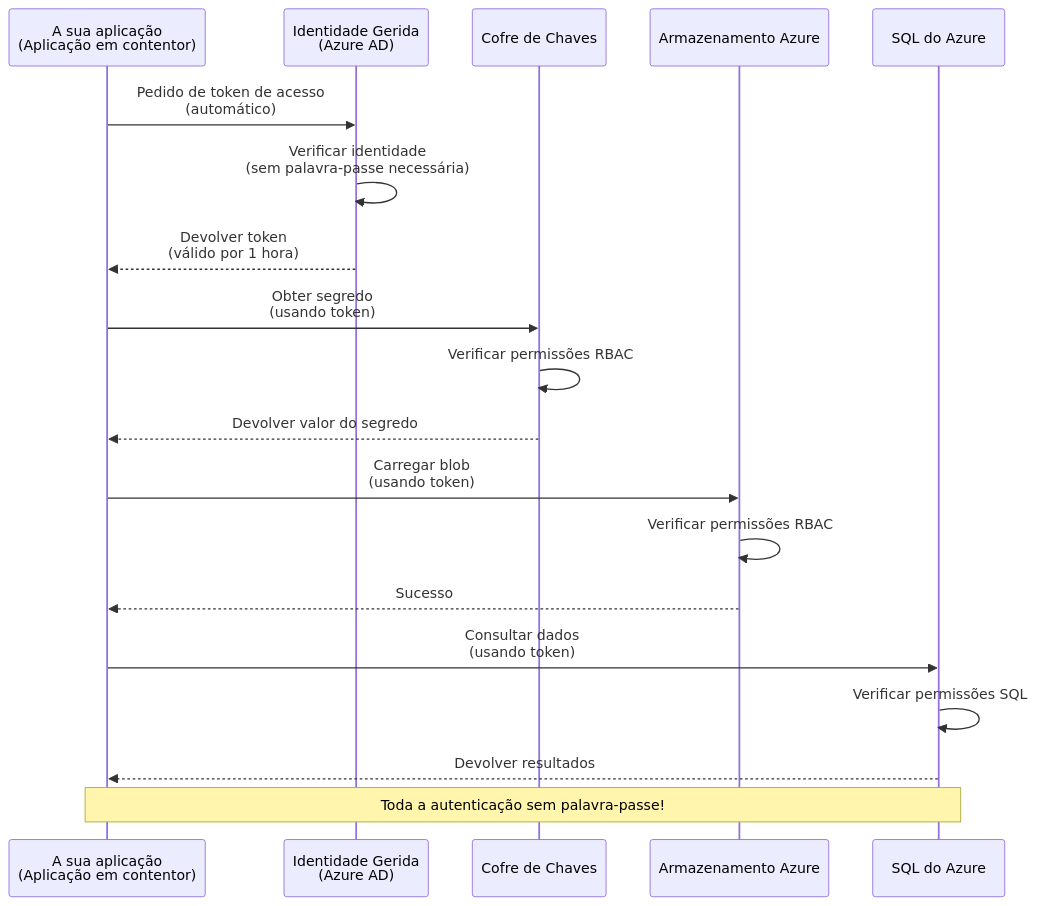
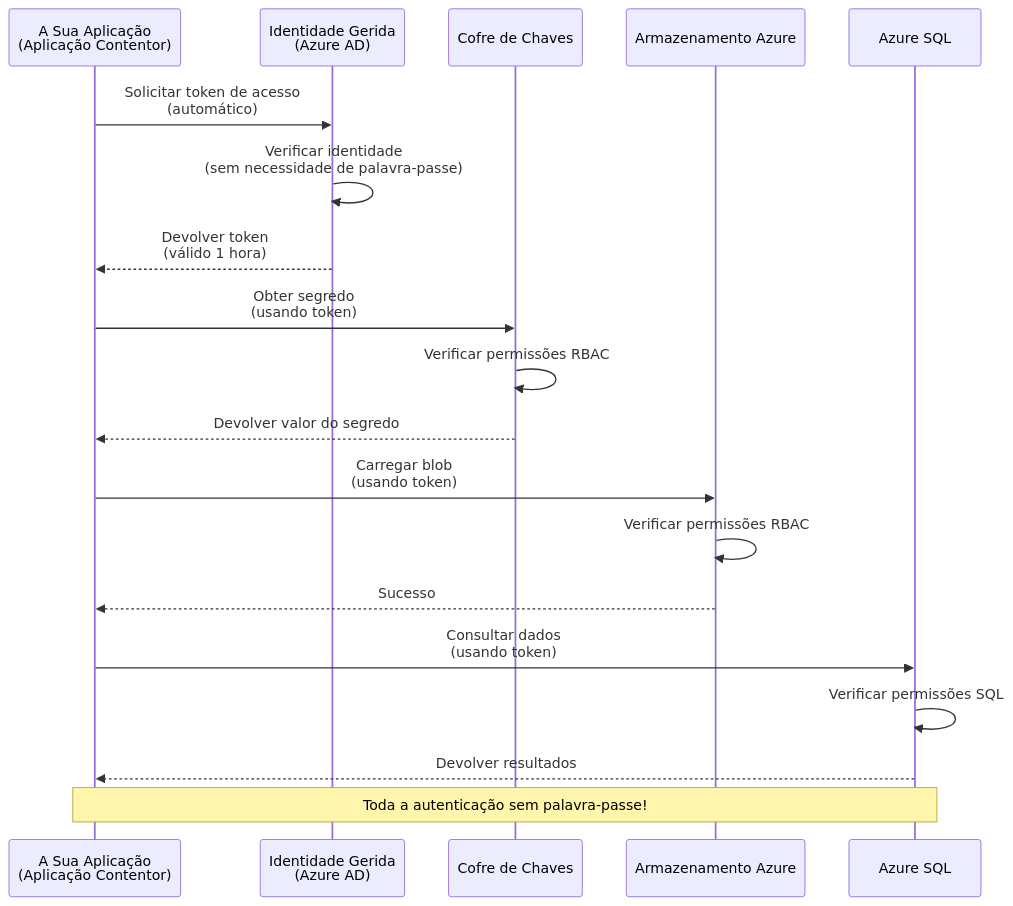
Before and after one commit to microsoft/AZD-for-beginners: the first of 2 diagrams in translations/pt-PT/docs/chapter-03-configuration/authsecurity.md, drawn with Mermaid. The commit also changed other lines of this file and 101 other files, not shown here.

````diff
--- a/translations/pt-PT/docs/chapter-03-configuration/authsecurity.md
+++ b/translations/pt-PT/docs/chapter-03-configuration/authsecurity.md
@@ -69,26 +69,26 @@
 ```mermaid
 sequenceDiagram
-    participant App as A sua aplicação<br/>(Aplicação em contentor)
+    participant App as A Sua Aplicação<br/>(Aplicação Contentor)
     participant MI as Identidade Gerida<br/>(Azure AD)
     participant KV as Cofre de Chaves
     participant Storage as Armazenamento Azure
-    participant DB as SQL do Azure
+    participant DB as Azure SQL
     
-    App->>MI: Pedido de token de acesso<br/>(automático)
-    MI->>MI: Verificar identidade<br/>(sem palavra-passe necessária)
-    MI-->>App: Devolver token<br/>(válido por 1 hora)
+    App->>MI: Solicitar token de acesso<br/>(automático)
+    MI->>MI: Verificar identidade<br/>(sem necessidade de palavra-passe)
+    MI-->>App: Devolver token<br/>(válido 1 hora)
     
     App->>KV: Obter segredo<br/>(usando token)
     KV->>KV: Verificar permissões RBAC
     KV-->>App: Devolver valor do segredo
     
     App->>Storage: Carregar blob<br/>(usando token)
     Storage->>Storage: Verificar permissões RBAC
     Storage-->>App: Sucesso
     
     App->>DB: Consultar dados<br/>(usando token)
     DB->>DB: Verificar permissões SQL
     DB-->>App: Devolver resultados
     
     Note over App,DB: Toda a autenticação sem palavra-passe!
 ```
````
